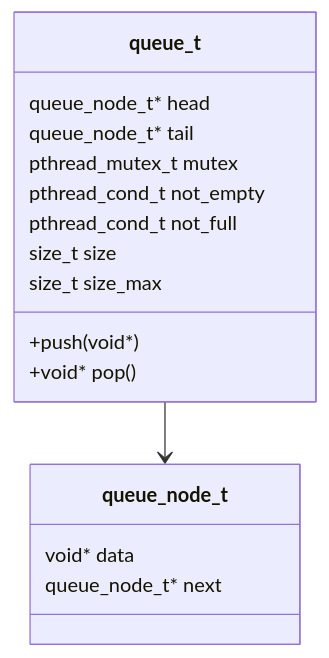
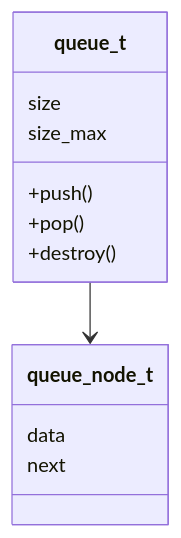
The second of 3 diagrams in README.md (WalidBenTouhami/server_bench), drawn with Mermaid before and after one commit. The commit also changed other lines of this file, not shown here.

````diff
--- a/README.md
+++ b/README.md
@@ -117,21 +114,15 @@
 ```mermaid
 classDiagram
     class queue_t {
-        queue_node_t* head
-        queue_node_t* tail
-        pthread_mutex_t mutex
-        pthread_cond_t not_empty
-        pthread_cond_t not_full
-        size_t size
-        size_t size_max
-        +push(void*)
-        +void* pop()
+        +push()
+        +pop()
+        +destroy()
+        size
+        size_max
     }
-
     class queue_node_t {
-        void* data
-        queue_node_t* next
+        data
+        next
     }
-
     queue_t --> queue_node_t
 ```
````
